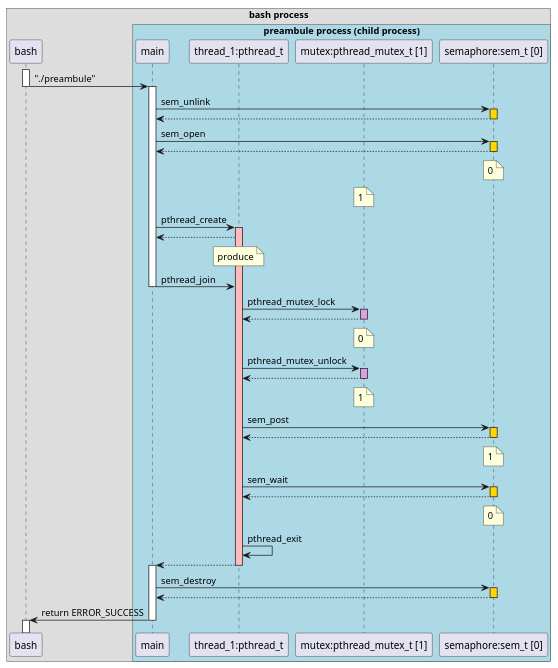
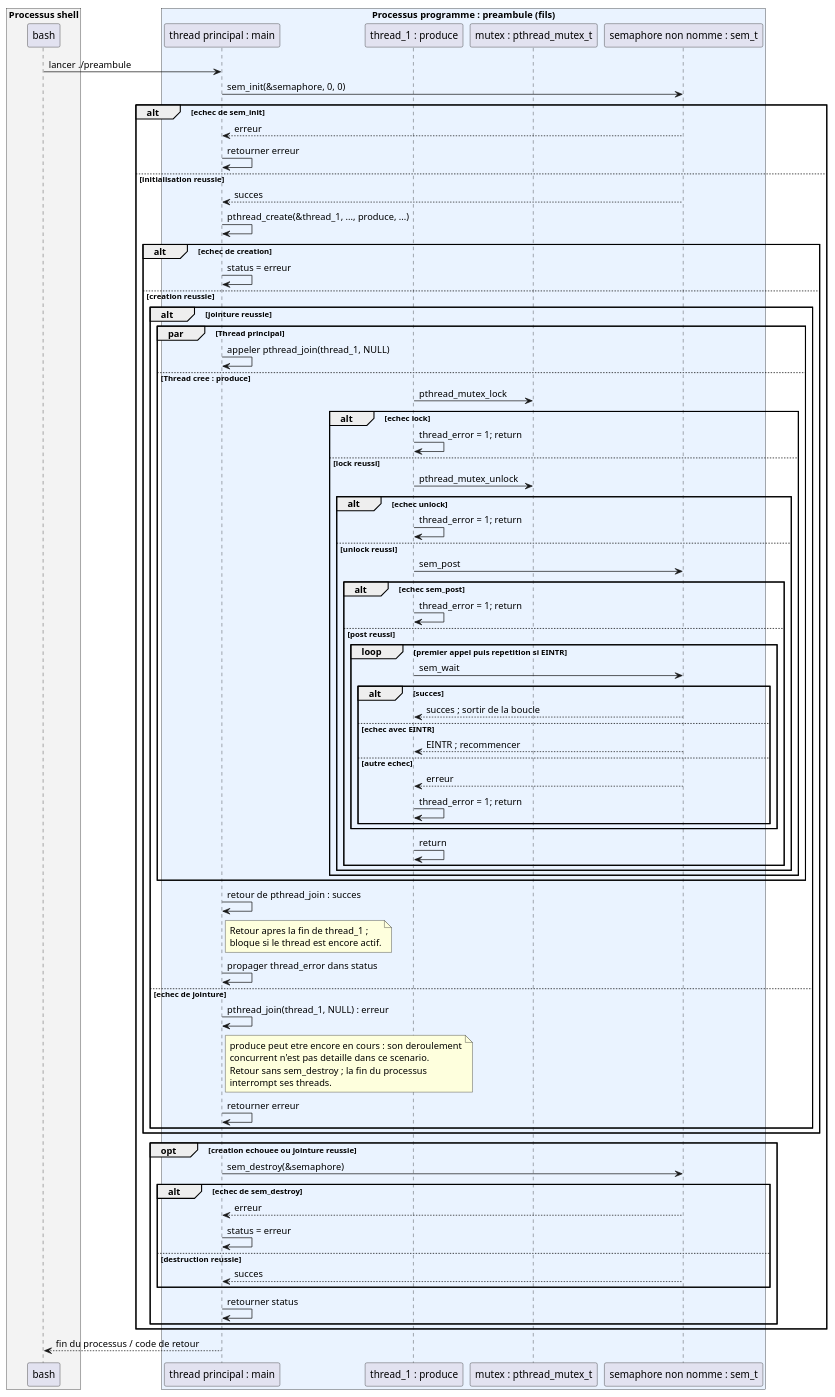
Before and after one commit to mahdidou711/multitasking-accumulator: the diagram in exercice-1/diagrams/preambuleSequenceDiagram.puml, drawn with PlantUML. The commit also changed other lines of this file and 1 other file, not shown here.

Commit message:
feat(preambule): use unnamed POSIX semaphore and improve error handling

```diff
--- a/exercice-1/diagrams/preambuleSequenceDiagram.puml
+++ b/exercice-1/diagrams/preambuleSequenceDiagram.puml
@@ -2,66 +1,84 @@
 @startuml
-!pragma teoz true
-
-box "bash process"
-participant bash
-
-box "preambule process (child process)" #lightblue
-participant "main" as main
-participant "thread_1:pthread_t" as thread1
-participant "mutex:pthread_mutex_t [1]" as mutex
-participant "semaphore:sem_t [0]" as semaphore
+box "Processus shell" #F3F3F3
+participant "bash" as shell
 end box
+box "Processus programme : preambule (fils)" #EAF3FF
+participant "thread principal : main" as main
+participant "thread_1 : produce" as worker
+participant "mutex : pthread_mutex_t" as mutex
+participant "semaphore non nomme : sem_t" as sem
 end box
 
-activate bash
-bash -> main --++ : "./preambule"
-
-main -> semaphore : sem_unlink
-activate semaphore #gold
-return
-
-main -> semaphore : sem_open
-activate semaphore #gold
-return
-
-note over semaphore : 0
-note over mutex : 1
-
-main -> thread1 : pthread_create
-activate thread1 #FFBBBB
-thread1 --> main
-note over thread1 : produce
-
-main -> thread1 : pthread_join
-deactivate main
-
-thread1 -> mutex : pthread_mutex_lock
-activate mutex #plum
-return
-note over mutex : 0
-
-thread1 -> mutex : pthread_mutex_unlock
-activate mutex #plum
-return
-note over mutex : 1
-
-thread1 -> semaphore : sem_post
-activate semaphore #gold
-return
-note over semaphore : 1
-
-thread1 -> semaphore : sem_wait
-activate semaphore #gold
-return
-note over semaphore : 0
-
-thread1 -> thread1 : pthread_exit
-thread1 --> main --++
-
-main -> semaphore : sem_destroy
-activate semaphore #gold
-return
-
-main -> bash --++ : return ERROR_SUCCESS
-
+shell -> main : lancer ./preambule
+main -> sem : sem_init(&semaphore, 0, 0)
+alt echec de sem_init
+  sem --> main : erreur
+  main -> main : retourner erreur
+else initialisation reussie
+  sem --> main : succes
+  main -> main : pthread_create(&thread_1, ..., produce, ...)
+  alt echec de creation
+    main -> main : status = erreur
+  else creation reussie
+    alt jointure reussie
+      par Thread principal
+        main -> main : appeler pthread_join(thread_1, NULL)
+      else Thread cree : produce
+        worker -> mutex : pthread_mutex_lock
+        alt echec lock
+          worker -> worker : thread_error = 1; return
+        else lock reussi
+          worker -> mutex : pthread_mutex_unlock
+          alt echec unlock
+            worker -> worker : thread_error = 1; return
+          else unlock reussi
+            worker -> sem : sem_post
+            alt echec sem_post
+              worker -> worker : thread_error = 1; return
+            else post reussi
+              loop premier appel puis repetition si EINTR
+                worker -> sem : sem_wait
+                alt succes
+                  sem --> worker : succes ; sortir de la boucle
+                else echec avec EINTR
+                  sem --> worker : EINTR ; recommencer
+                else autre echec
+                  sem --> worker : erreur
+                  worker -> worker : thread_error = 1; return
+                end
+              end
+              worker -> worker : return
+            end
+          end
+        end
+      end
+      main -> main : retour de pthread_join : succes
+      note right of main
+        Retour apres la fin de thread_1 ;
+        bloque si le thread est encore actif.
+      end note
+      main -> main : propager thread_error dans status
+    else echec de jointure
+      main -> main : pthread_join(thread_1, NULL) : erreur
+      note right of main
+        produce peut etre encore en cours : son deroulement
+        concurrent n'est pas detaille dans ce scenario.
+        Retour sans sem_destroy ; la fin du processus
+        interrompt ses threads.
+      end note
+      main -> main : retourner erreur
+    end
+  end
+  opt creation echouee ou jointure reussie
+    main -> sem : sem_destroy(&semaphore)
+    alt echec de sem_destroy
+      sem --> main : erreur
+      main -> main : status = erreur
+    else destruction reussie
+      sem --> main : succes
+    end
+    main -> main : retourner status
+  end
+end
+main --> shell : fin du processus / code de retour
 @enduml
```
